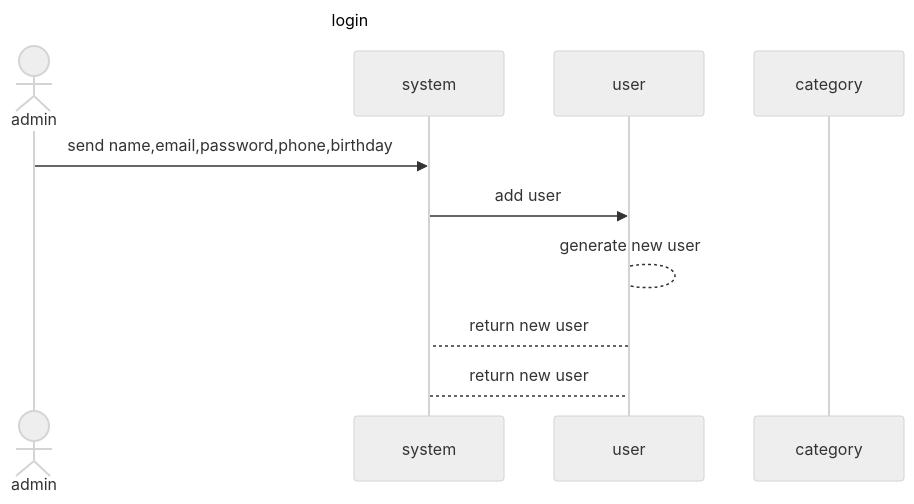
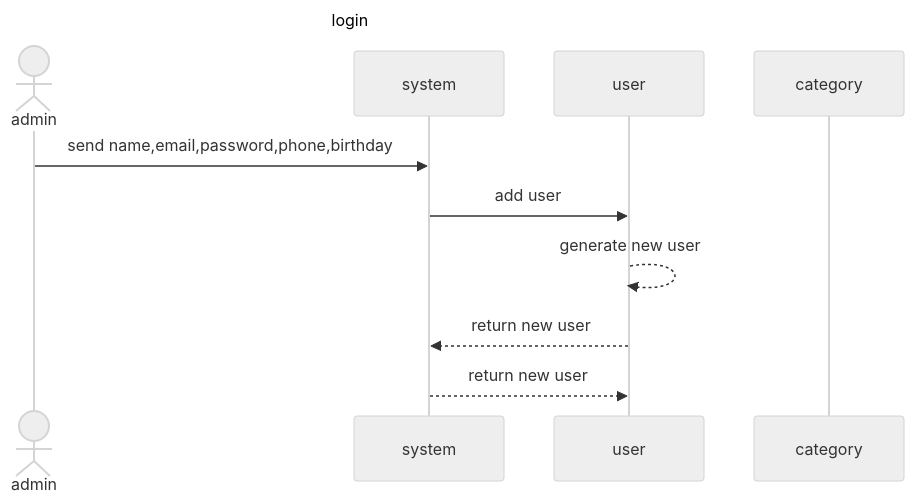
One commit to MxMhx/OOP_Project_MK_website changed the diagram in sequence_diag/admin/add user.mmd. Above: the diagram before and after it, drawn with Mermaid (neutral theme).

```diff
--- a/sequence_diag/admin/add user.mmd
+++ b/sequence_diag/admin/add user.mmd
@@ -1,11 +1,11 @@
 sequenceDiagram
     title login
     actor admin
     participant system
     participant user
     participant category
     admin ->> system: send name,email,password,phone,birthday
     system ->> user:add user
-    user --> user : generate new user
-    user --> system: return new user
-    system --> user: return new user
+    user -->> user : generate new user
+    user -->> system: return new user
+    system -->> user: return new user
```
